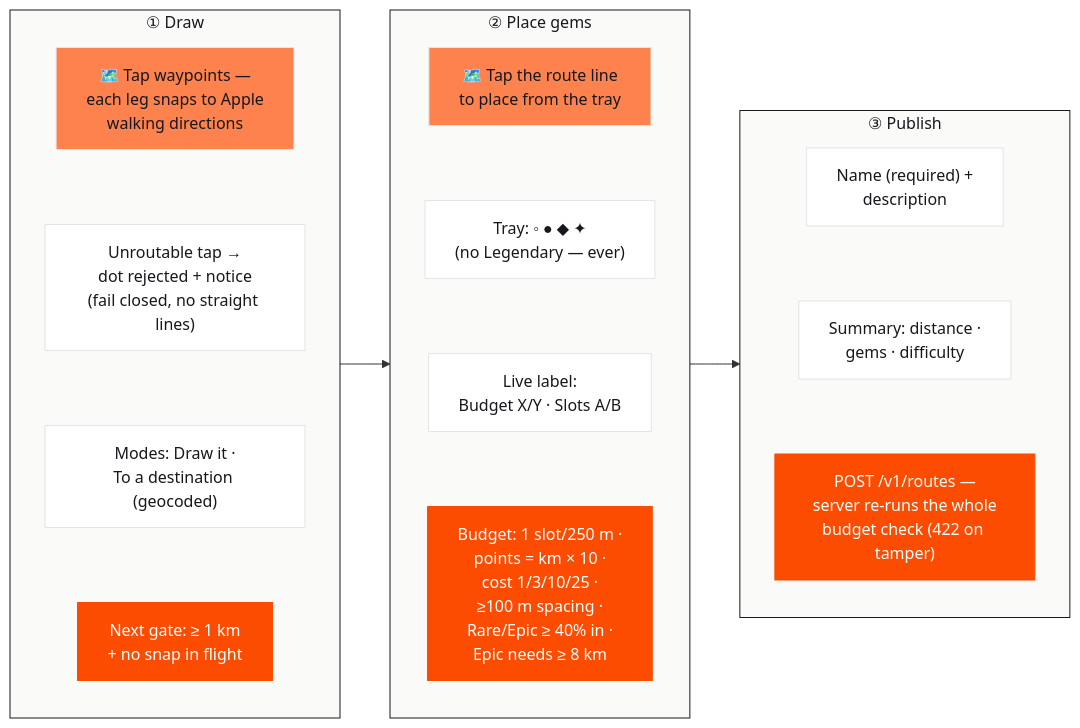
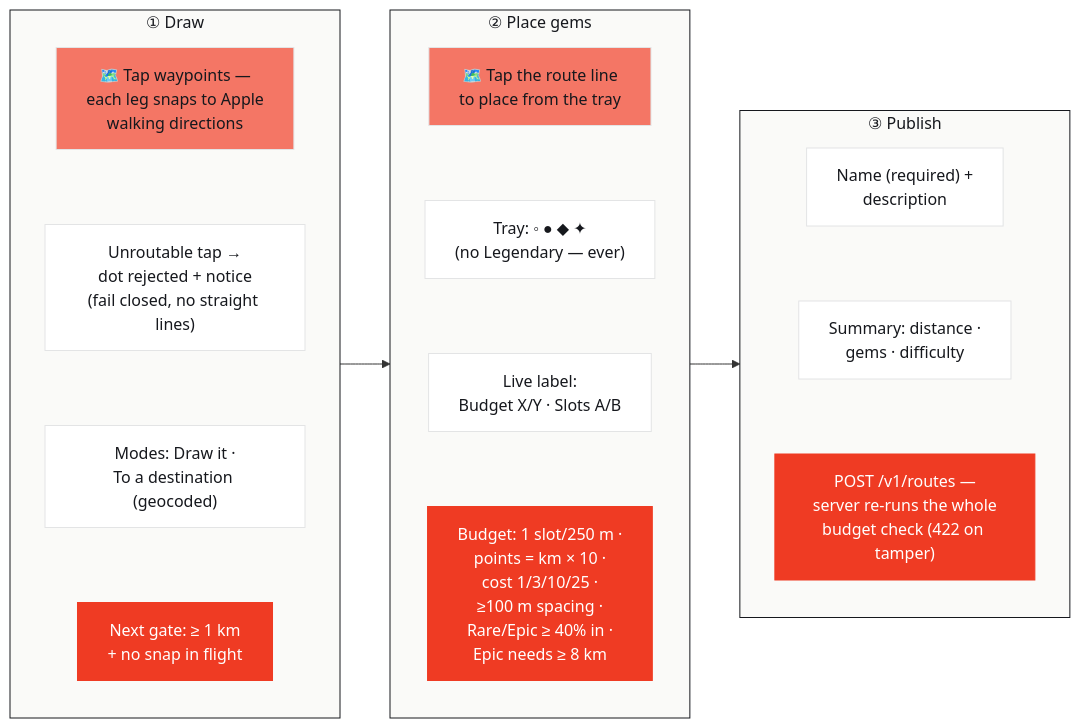
The eighth of 17 diagrams in docs/16-architecture-deep-dive.md (Ifthikar20/project-gr), drawn with Mermaid before and after one commit. The commit also changed other lines of this file and 6 other files, not shown here.

````diff
--- a/docs/16-architecture-deep-dive.md
+++ b/docs/16-architecture-deep-dive.md
@@ -344,33 +344,33 @@
 ```mermaid
 flowchart LR
     subgraph S1["① Draw"]
         direction TB
         A1["🗺️ Tap waypoints —<br/>each leg snaps to Apple<br/>walking directions"]:::map
         A2["Unroutable tap →<br/>dot rejected + notice<br/>(fail closed, no straight lines)"]:::card
         A3["Modes: Draw it ·<br/>To a destination (geocoded)"]:::card
         A4["Next gate: ≥ 1 km<br/>+ no snap in flight"]:::pulse
         A1 ~~~ A2 ~~~ A3 ~~~ A4
     end
     subgraph S2["② Place gems"]
         direction TB
         B1["🗺️ Tap the route line<br/>to place from the tray"]:::map
         B2["Tray: ◦ ● ◆ ✦<br/>(no Legendary — ever)"]:::card
         B3["Live label:<br/>Budget X/Y · Slots A/B"]:::card
         B4["Budget: 1 slot/250 m ·<br/>points = km × 10 ·<br/>cost 1/3/10/25 ·<br/>≥100 m spacing ·<br/>Rare/Epic ≥ 40% in ·<br/>Epic needs ≥ 8 km"]:::pulse
         B1 ~~~ B2 ~~~ B3 ~~~ B4
     end
     subgraph S3["③ Publish"]
         direction TB
         P1["Name (required) +<br/>description"]:::card
         P2["Summary: distance ·<br/>gems · difficulty"]:::card
         P3["POST /v1/routes —<br/>server re-runs the whole<br/>budget check (422 on tamper)"]:::pulse
         P1 ~~~ P2 ~~~ P3
     end
     S1 --> S2 --> S3
     classDef card fill:#FFFFFF,stroke:#E3E4E5,color:#16181D
-    classDef map fill:#FD824E,stroke:#E3E4E5,color:#16181D
-    classDef pulse fill:#FC4C02,stroke:#FC4C02,color:#FFFFFF
+    classDef map fill:#F47665,stroke:#E3E4E5,color:#16181D
+    classDef pulse fill:#EF3B23,stroke:#EF3B23,color:#FFFFFF
     style S1 fill:#FAFAF8,stroke:#16181D,color:#16181D
     style S2 fill:#FAFAF8,stroke:#16181D,color:#16181D
     style S3 fill:#FAFAF8,stroke:#16181D,color:#16181D
 ```
````
